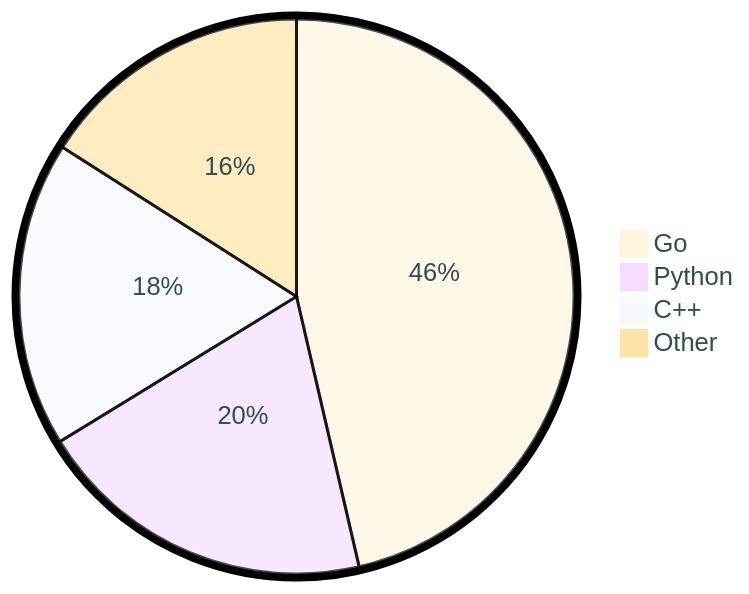
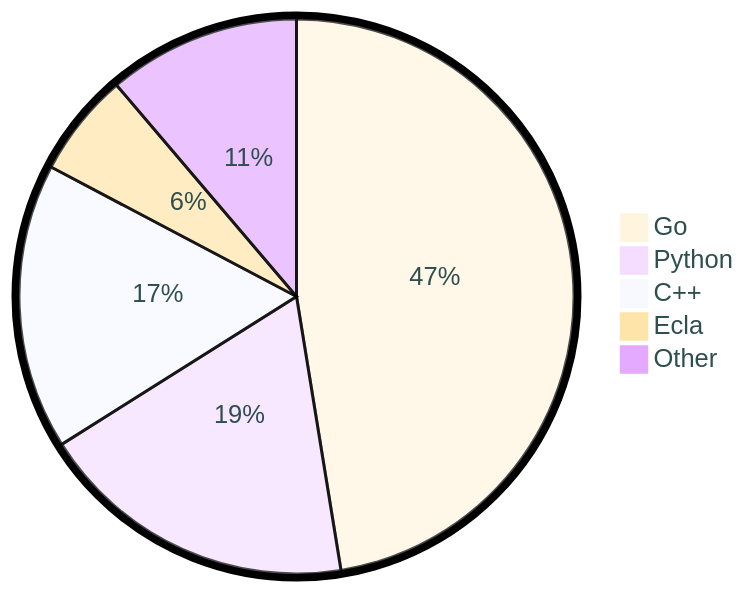
The diagram in README.md (tot0p/tot0p), drawn with Mermaid before and after one commit. The commit also changed other lines of this file, not shown here.

````diff
--- a/README.md
+++ b/README.md
@@ -84,8 +84,9 @@
 ```mermaid
 %%{init: {"pie": {"textPosition": 0.5}, "themeVariables": {"pieOuterStrokeWidth": "5px","primaryTextColor" : "#2F4F4F"},"theme":"base"} }%%
 pie
-	"Go": 46.38
-	"Python": 19.87
-	"C++": 17.8
-	"Other": 15.959999999999999
+	"Go": 47.43
+	"Python": 18.62
+	"C++": 16.67
+	"Ecla": 6.05
+	"Other": 11.220000000000004
 ```
````
